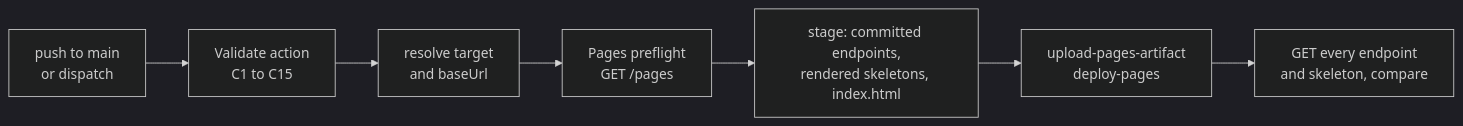
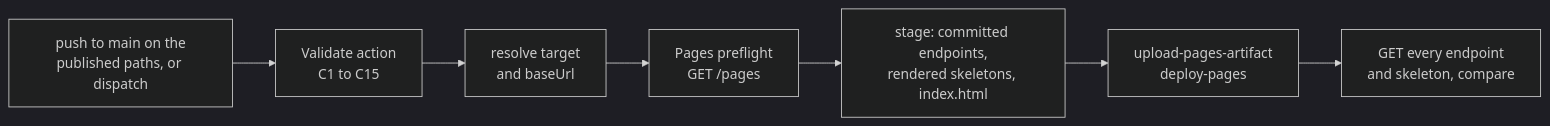
The third of 6 diagrams in docs/ARCHITECTURE.md (ALCops/rulebook-engine), drawn with Mermaid (dark theme) before and after one commit. The commit also changed other lines of this file and 17 other files, not shown here.

````diff
--- a/docs/ARCHITECTURE.md
+++ b/docs/ARCHITECTURE.md
@@ -330,9 +330,9 @@
 ```mermaid
 flowchart LR
-    push[push to main<br/>or dispatch] --> val[Validate action<br/>C1 to C15]
+    push[push to main on the<br/>published paths, or dispatch] --> val[Validate action<br/>C1 to C15]
     val --> res[resolve target<br/>and baseUrl]
     res --> pre[Pages preflight<br/>GET /pages]
     pre --> stage[stage: committed endpoints,<br/>rendered skeletons, index.html]
     stage --> dep[upload-pages-artifact<br/>deploy-pages]
     dep --> chk[GET every endpoint<br/>and skeleton, compare]
 ```
````
